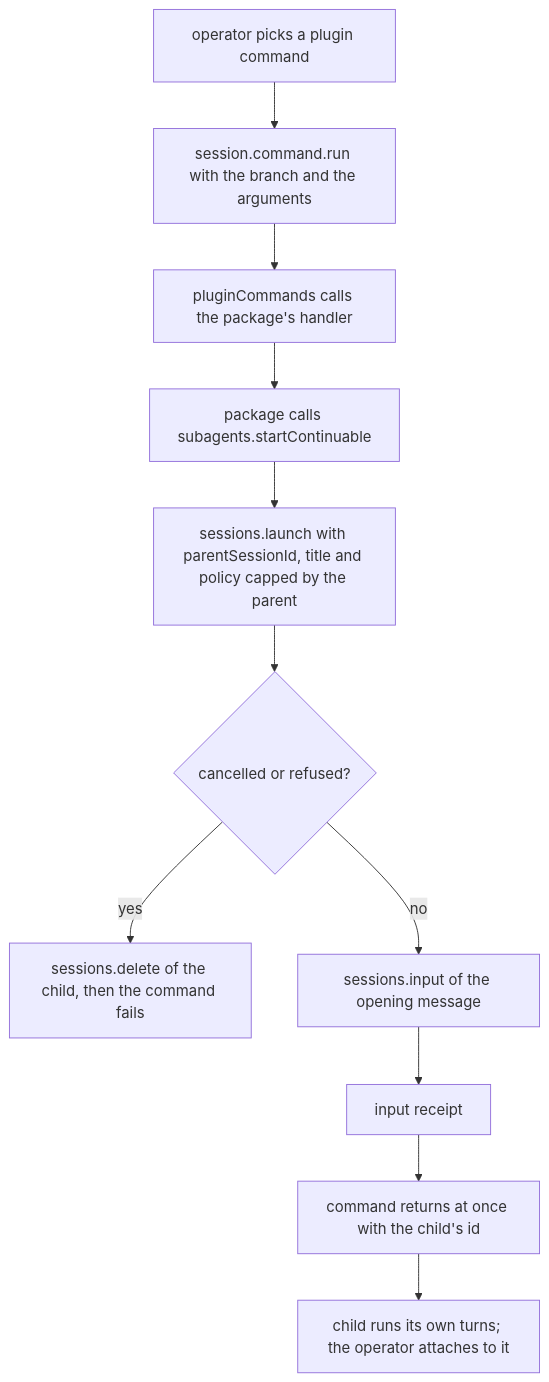
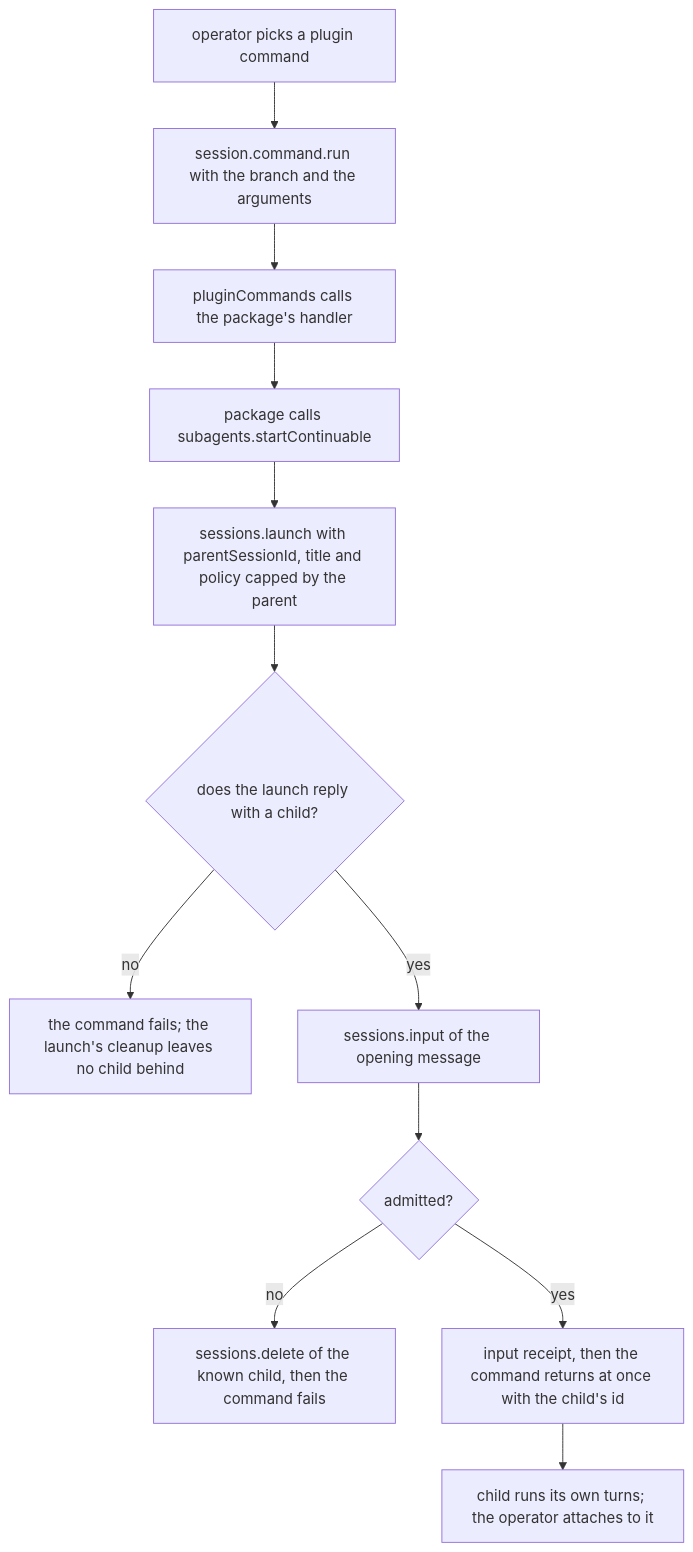
Before and after one commit to arcships/dim: the sixth of 6 diagrams in docs/design/plugins/DshPackages.md, drawn with Mermaid. The commit also changed other lines of this file and 1 other file, not shown here.

Commit message:
docs(plugins): attribute the opening-input failure to the bridge
Section 3.7 said a rejected opening input is cleaned up by the
launch's own cleanup before its reply, but the flow calls
sessions.input after launch has returned, and Appendix B already
gives that case to the bridge. The two cases are now separated in
both languages: a launch whose caller stops waiting before the
reply removes the Session it created, and a child whose opening
input the branch refuses is deleted by the bridge, by the id it
already holds, before the command returns its error.

The flowchart shows the same split, so a refused launch and a
refused input no longer leave the diagram saying that one step
does both.

Refs #1753

````diff
--- a/docs/design/plugins/DshPackages.md
+++ b/docs/design/plugins/DshPackages.md
@@ -275,13 +275,14 @@
 ```mermaid
 flowchart TD
   A["operator picks a plugin command"] --> B["session.command.run with the branch and the arguments"]
   B --> C["pluginCommands calls the package's handler"]
   C --> D["package calls subagents.startContinuable"]
   D --> E["sessions.launch with parentSessionId, title and policy capped by the parent"]
-  E --> F{"cancelled or refused?"}
-  F -->|yes| G["sessions.delete of the child, then the command fails"]
-  F -->|no| H["sessions.input of the opening message"]
-  H --> I["input receipt"]
-  I --> J["command returns at once with the child's id"]
+  E --> F{"does the launch reply with a child?"}
+  F -->|no| G["the command fails; the launch's cleanup leaves no child behind"]
+  F -->|yes| H["sessions.input of the opening message"]
+  H --> I{"admitted?"}
+  I -->|no| M["sessions.delete of the known child, then the command fails"]
+  I -->|yes| J["input receipt, then the command returns at once with the child's id"]
   J --> K["child runs its own turns; the operator attaches to it"]
 ```
````
